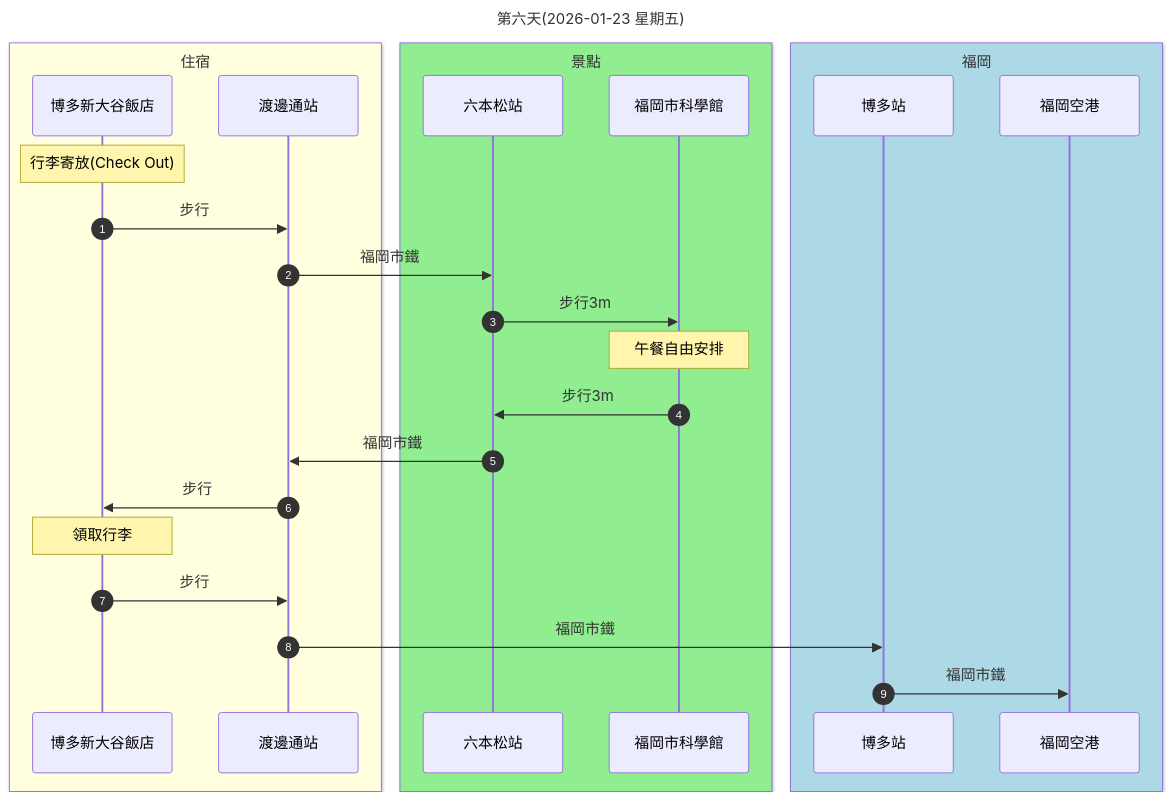
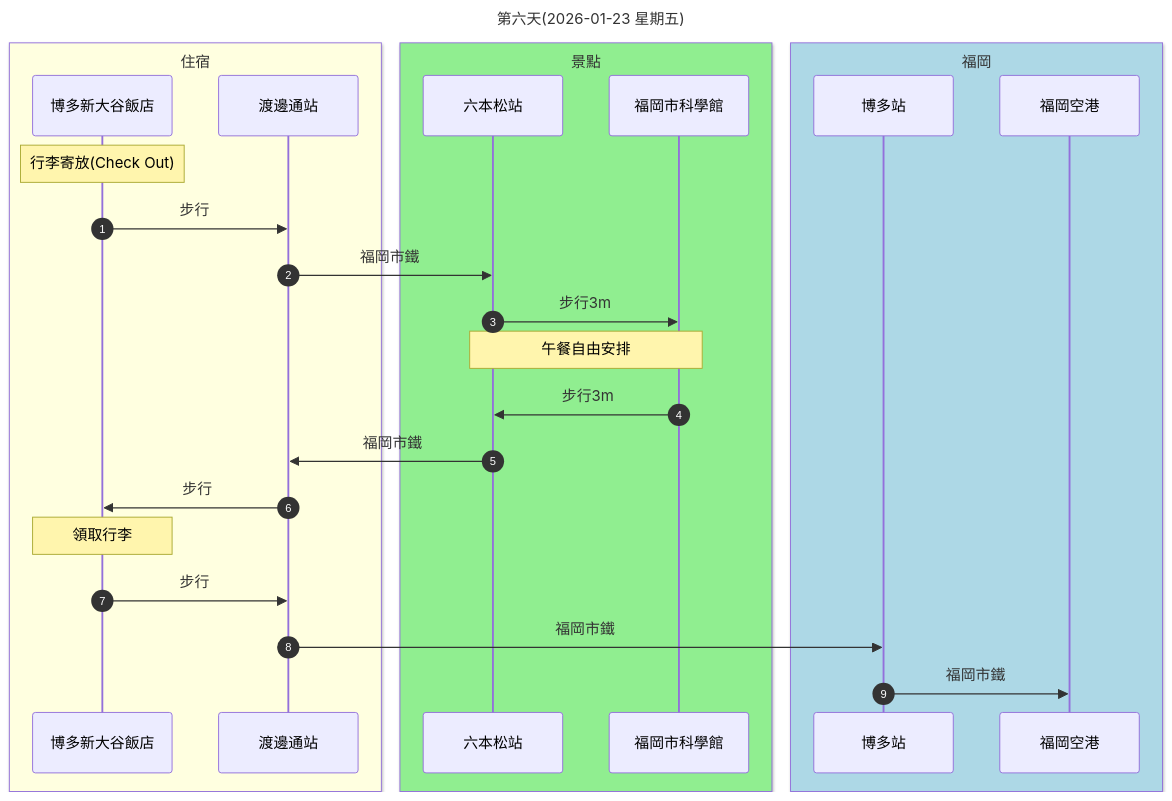
Diagram 11 of 12 in 行程規劃A.md (Shuming-Yang/2026-January-Trip), drawn with Mermaid before and after one commit.

````diff
--- a/行程規劃A.md
+++ b/行程規劃A.md
@@ -360,30 +360,30 @@
 ```mermaid
 sequenceDiagram
     autonumber
     title: 第六天(2026-01-23 星期五)
     box lightyellow 住宿
     participant A1 as 博多新大谷飯店
     participant A2 as 渡邊通站
     end
     box lightgreen 景點
     participant B1 as 六本松站
     participant B2 as 福岡市科學館
     end
     box lightblue 福岡
     participant C1 as 博多站
     participant C2 as 福岡空港
     end
 
     Note over A1: 行李寄放(Check Out)
     A1 ->> A2: 步行
     A2 ->> B1: 福岡市鐵
     B1 ->> B2: 步行3m
-    Note over B2: 午餐自由安排
+    Note over B1, B2: 午餐自由安排
     B2 ->> B1: 步行3m
     B1 ->> A2: 福岡市鐵
     A2 ->> A1: 步行
     Note over A1: 領取行李
     A1 ->> A2: 步行
     A2 ->> C1: 福岡市鐵
     C1 ->> C2: 福岡市鐵
 ```
````
